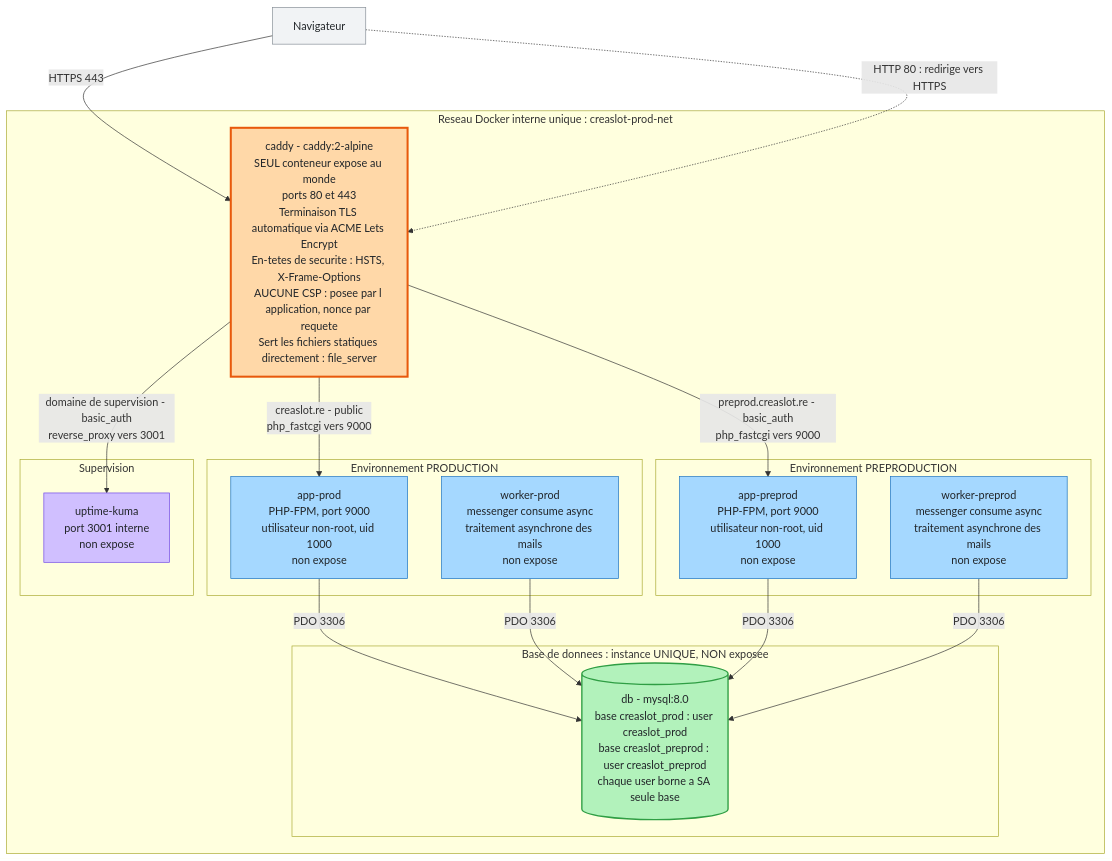
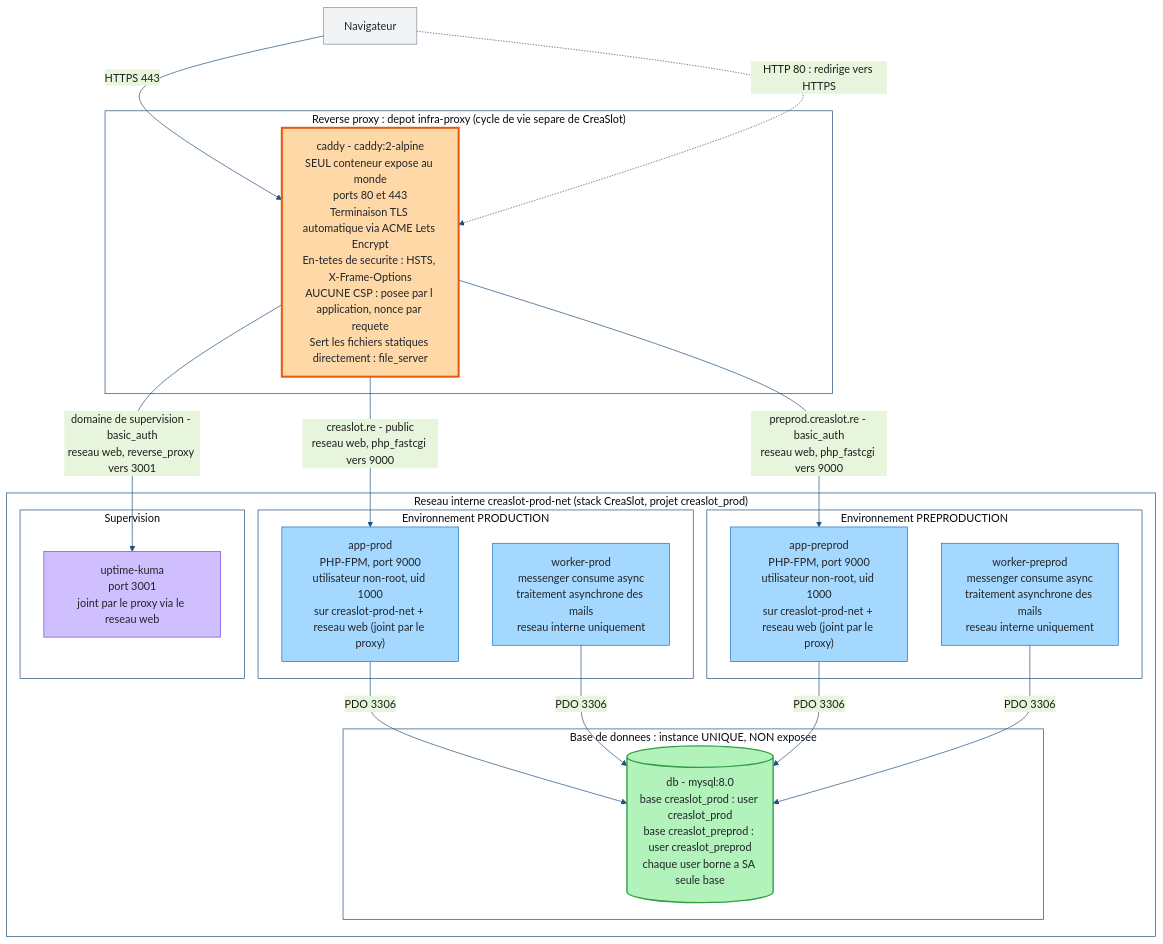
The diagram in docs/architecture-deploiement.mermaid (sgahovey/creaslot), drawn with Mermaid before and after one commit. The commit also changed 200 other files, not shown here.

First line of the commit message:
deploy: mise en production du TLS applicatif vers MySQL (DT-42) (#144)

```diff
--- a/docs/architecture-deploiement.mermaid
+++ b/docs/architecture-deploiement.mermaid
@@ -1,51 +1,64 @@
+---
+config:
+  theme: base
+  themeVariables:
+    primaryColor: '#DCE7F5'
+    primaryBorderColor: '#1F4E79'
+    primaryTextColor: '#1E1E1E'
+    lineColor: '#1F4E79'
+    clusterBkg: '#FFFFFF'
+    clusterBorder: '#1F4E79'
+---
 flowchart TB
 
     NAV["Navigateur"]
 
     NAV -->|"HTTPS 443"| CADDY
     NAV -.->|"HTTP 80 : redirige vers HTTPS"| CADDY
 
-    subgraph RESEAU["Reseau Docker interne unique : creaslot-prod-net"]
+    subgraph PROXY["Reverse proxy : depot infra-proxy (cycle de vie separe de CreaSlot)"]
+        CADDY["caddy - caddy:2-alpine<br/>SEUL conteneur expose au monde<br/>ports 80 et 443<br/>Terminaison TLS automatique via ACME Lets Encrypt<br/>En-tetes de securite : HSTS, X-Frame-Options<br/>AUCUNE CSP : posee par l application, nonce par requete<br/>Sert les fichiers statiques directement : file_server"]
+    end
 
-        CADDY["caddy - caddy:2-alpine<br/>SEUL conteneur expose au monde<br/>ports 80 et 443<br/>Terminaison TLS automatique via ACME Lets Encrypt<br/>En-tetes de securite : HSTS, X-Frame-Options<br/>AUCUNE CSP : posee par l application, nonce par requete<br/>Sert les fichiers statiques directement : file_server"]
+    subgraph RESEAU["Reseau interne creaslot-prod-net (stack CreaSlot, projet creaslot_prod)"]
 
         subgraph PROD["Environnement PRODUCTION"]
-            APPPROD["app-prod<br/>PHP-FPM, port 9000<br/>utilisateur non-root, uid 1000<br/>non expose"]
-            WPROD["worker-prod<br/>messenger consume async<br/>traitement asynchrone des mails<br/>non expose"]
+            APPPROD["app-prod<br/>PHP-FPM, port 9000<br/>utilisateur non-root, uid 1000<br/>sur creaslot-prod-net + reseau web (joint par le proxy)"]
+            WPROD["worker-prod<br/>messenger consume async<br/>traitement asynchrone des mails<br/>reseau interne uniquement"]
         end
 
         subgraph PREPROD["Environnement PREPRODUCTION"]
-            APPPRE["app-preprod<br/>PHP-FPM, port 9000<br/>utilisateur non-root, uid 1000<br/>non expose"]
-            WPRE["worker-preprod<br/>messenger consume async<br/>traitement asynchrone des mails<br/>non expose"]
+            APPPRE["app-preprod<br/>PHP-FPM, port 9000<br/>utilisateur non-root, uid 1000<br/>sur creaslot-prod-net + reseau web (joint par le proxy)"]
+            WPRE["worker-preprod<br/>messenger consume async<br/>traitement asynchrone des mails<br/>reseau interne uniquement"]
         end
 
         subgraph SUP["Supervision"]
-            KUMA["uptime-kuma<br/>port 3001 interne<br/>non expose"]
+            KUMA["uptime-kuma<br/>port 3001<br/>joint par le proxy via le reseau web"]
         end
 
         subgraph BDD["Base de donnees : instance UNIQUE, NON exposee"]
             DB[("db - mysql:8.0<br/>base creaslot_prod : user creaslot_prod<br/>base creaslot_preprod : user creaslot_preprod<br/>chaque user borne a SA seule base")]
         end
 
     end
 
-    CADDY -->|"creaslot.re - public<br/>php_fastcgi vers 9000"| APPPROD
-    CADDY -->|"preprod.creaslot.re - basic_auth<br/>php_fastcgi vers 9000"| APPPRE
-    CADDY -->|"domaine de supervision - basic_auth<br/>reverse_proxy vers 3001"| KUMA
+    CADDY -->|"creaslot.re - public<br/>reseau web, php_fastcgi vers 9000"| APPPROD
+    CADDY -->|"preprod.creaslot.re - basic_auth<br/>reseau web, php_fastcgi vers 9000"| APPPRE
+    CADDY -->|"domaine de supervision - basic_auth<br/>reseau web, reverse_proxy vers 3001"| KUMA
 
     APPPROD -->|"PDO 3306"| DB
     WPROD -->|"PDO 3306"| DB
     APPPRE -->|"PDO 3306"| DB
     WPRE -->|"PDO 3306"| DB
 
     classDef navigateur fill:#f1f3f5,stroke:#868e96,stroke-width:1px,color:#212529
     classDef expose fill:#ffd8a8,stroke:#e8590c,stroke-width:3px,color:#212529
     classDef interne fill:#a5d8ff,stroke:#1971c2,stroke-width:1px,color:#212529
     classDef supervision fill:#d0bfff,stroke:#7048e8,stroke-width:1px,color:#212529
     classDef base fill:#b2f2bb,stroke:#2f9e44,stroke-width:2px,color:#212529
 
     class NAV navigateur
     class CADDY expose
     class APPPROD,WPROD,APPPRE,WPRE interne
     class KUMA supervision
     class DB base
```
